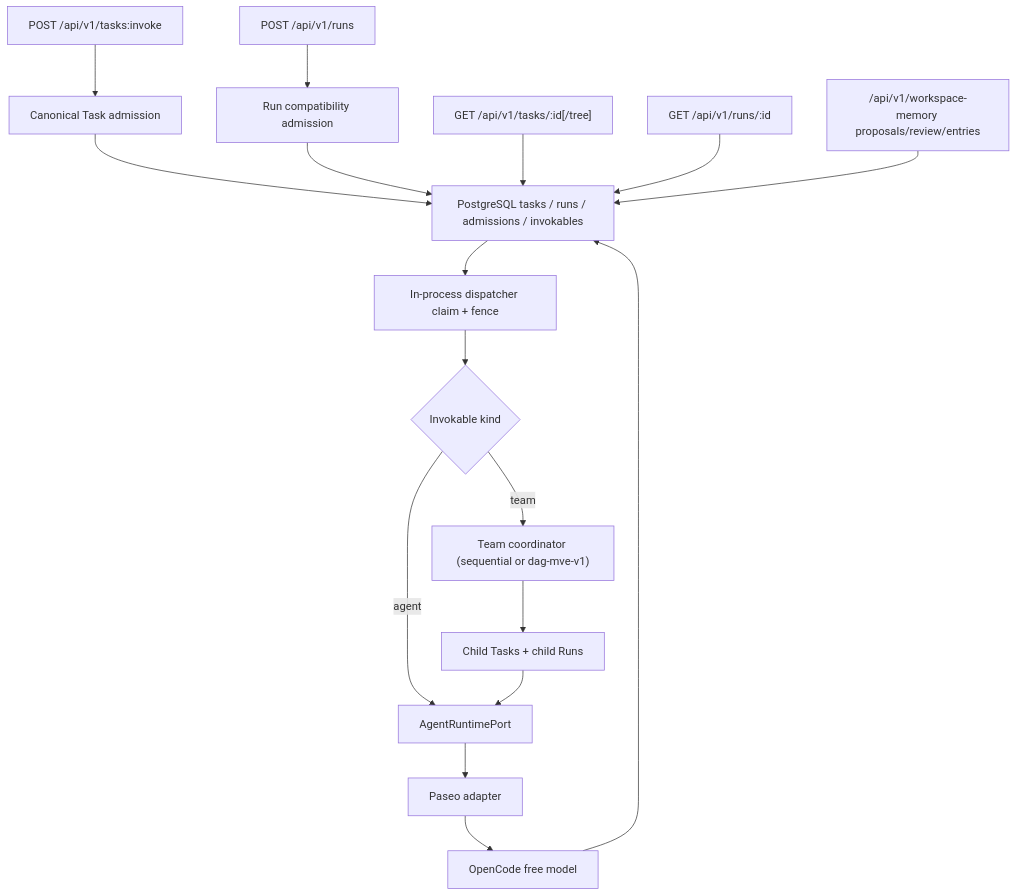
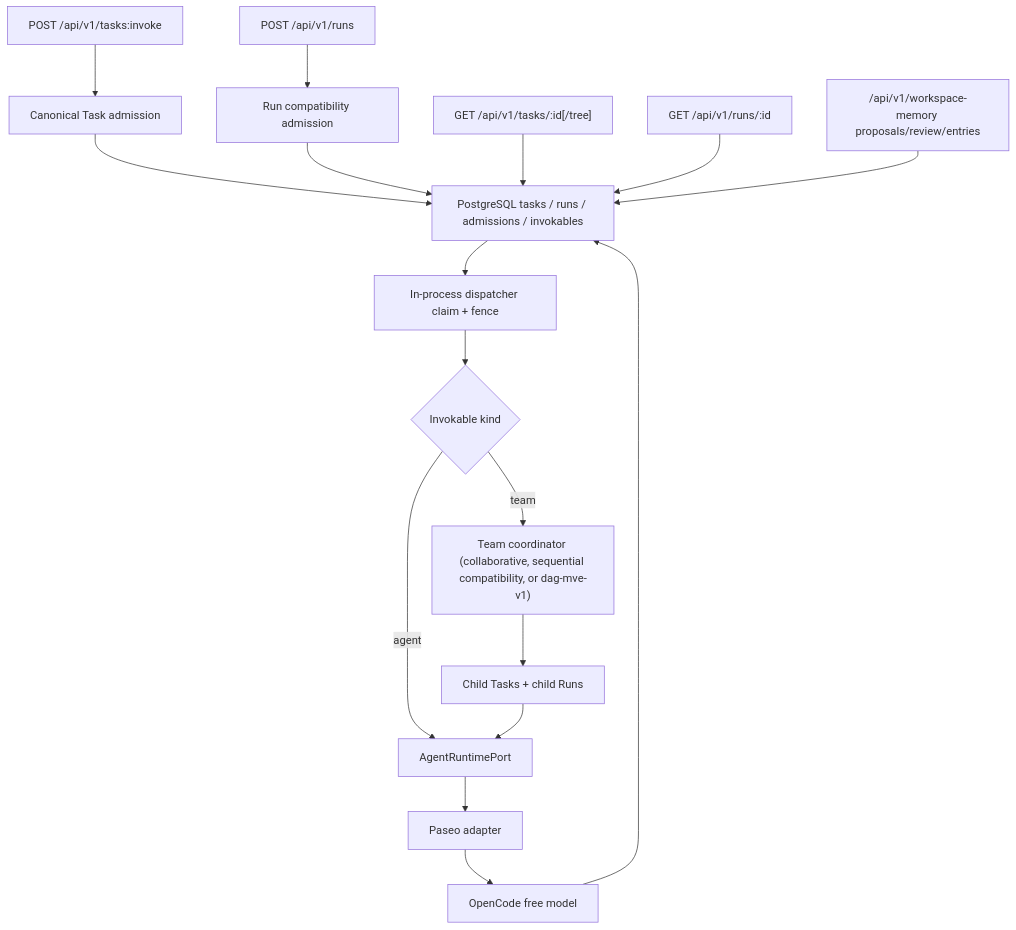
The diagram in README.md (atomlink-ye/agent-server), drawn with Mermaid before and after one commit. The commit also changed other lines of this file and 47 other files, not shown here.

Commit message:
Add local AgentProject team MVE

````diff
--- a/README.md
+++ b/README.md
@@ -7,19 +7,19 @@
 ```mermaid
 flowchart TD
     A["POST /api/v1/tasks:invoke"] --> B["Canonical Task admission"]
     J["POST /api/v1/runs"] --> C["Run compatibility admission"]
     B --> D["PostgreSQL tasks / runs / admissions / invokables"]
     C --> D
     D --> E["In-process dispatcher claim + fence"]
     E --> F{"Invokable kind"}
     F -->|agent| G["AgentRuntimePort"]
-    F -->|team| H["Team coordinator (sequential or dag-mve-v1)"]
+    F -->|team| H["Team coordinator (collaborative, sequential compatibility, or dag-mve-v1)"]
     H --> I["Child Tasks + child Runs"]
     I --> G
     G --> K["Paseo adapter"]
     K --> L["OpenCode free model"]
     L --> D
     M["GET /api/v1/tasks/:id[/tree]"] --> D
     N["GET /api/v1/runs/:id"] --> D
     O["/api/v1/workspace-memory proposals/review/entries"] --> D
 ```
````
